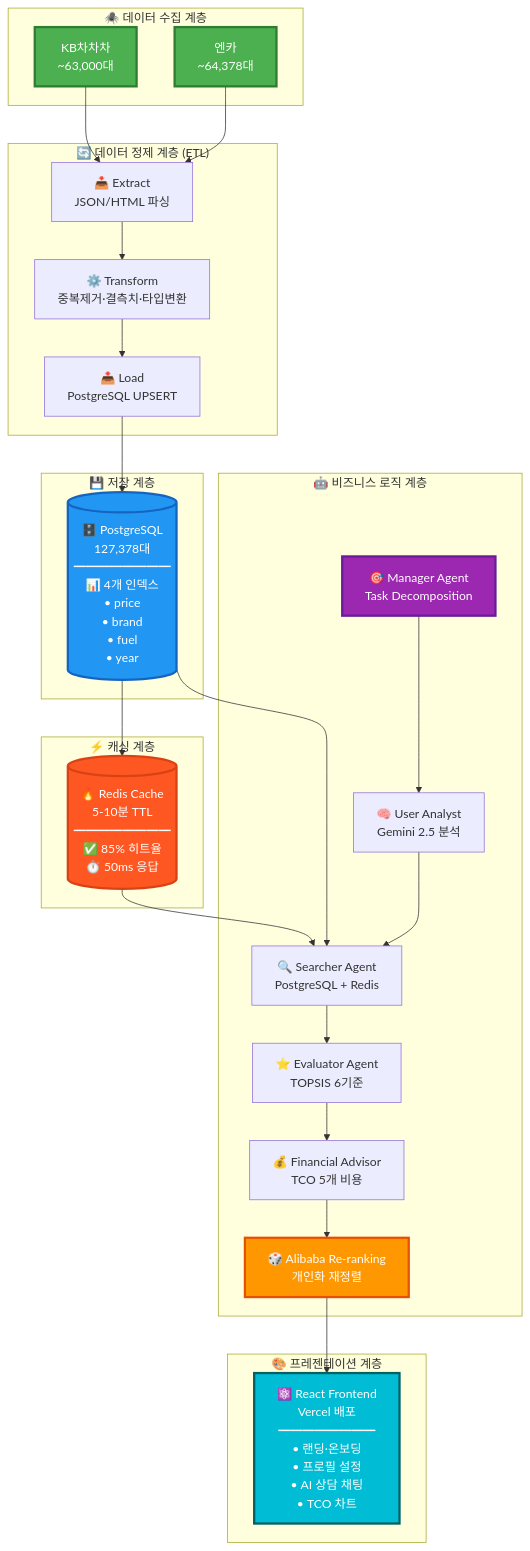
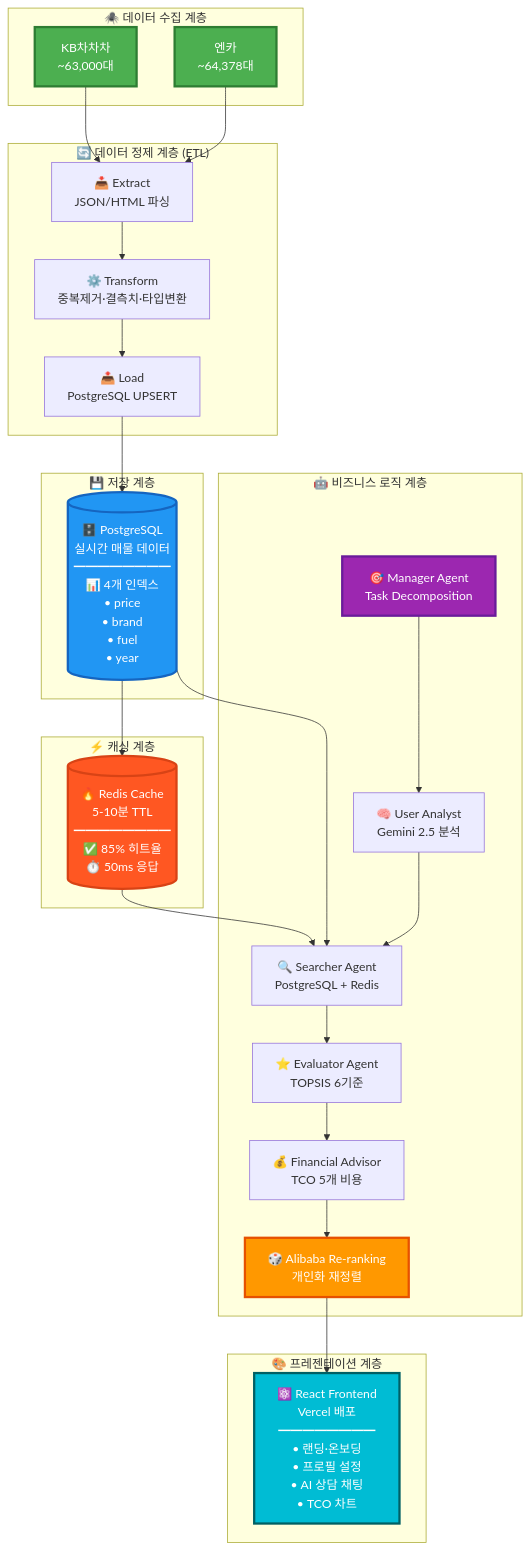
Before and after one commit to SeSAC-DA1/CarFin_AI_Final: the third of 5 diagrams in README.md, drawn with Mermaid. The commit also changed other lines of this file and 1 other file, not shown here.

First line of the commit message:
📝 Docs: 동적 데이터 표현 개선 (신뢰성 향상)

````diff
--- a/README.md
+++ b/README.md
@@ -522,58 +522,58 @@
 ```mermaid
 graph TB
     subgraph Crawling["🕷️ 데이터 수집 계층"]
         KB["KB차차차<br/>~63,000대"]
         Encar["엔카<br/>~64,378대"]
     end
 
     subgraph ETL["🔄 데이터 정제 계층 (ETL)"]
         Extract["📥 Extract<br/>JSON/HTML 파싱"]
         Transform["⚙️ Transform<br/>중복제거·결측치·타입변환"]
         Load["📤 Load<br/>PostgreSQL UPSERT"]
     end
 
     subgraph Storage["💾 저장 계층"]
-        DB[("🗄️ PostgreSQL<br/>127,378대<br/>━━━━━━━━<br/>📊 4개 인덱스<br/>• price<br/>• brand<br/>• fuel<br/>• year")]
+        DB[("🗄️ PostgreSQL<br/>실시간 매물 데이터<br/>━━━━━━━━<br/>📊 4개 인덱스<br/>• price<br/>• brand<br/>• fuel<br/>• year")]
     end
 
     subgraph Cache["⚡ 캐싱 계층"]
         Redis[("🔥 Redis Cache<br/>5-10분 TTL<br/>━━━━━━━━<br/>✅ 85% 히트율<br/>⏱️ 50ms 응답")]
     end
 
     subgraph Business["🤖 비즈니스 로직 계층"]
         Manager["🎯 Manager Agent<br/>Task Decomposition"]
         UserAnalyst["🧠 User Analyst<br/>Gemini 2.5 분석"]
         Searcher["🔍 Searcher Agent<br/>PostgreSQL + Redis"]
         Evaluator["⭐ Evaluator Agent<br/>TOPSIS 6기준"]
         Financial["💰 Financial Advisor<br/>TCO 5개 비용"]
         Reranking["🎲 Alibaba Re-ranking<br/>개인화 재정렬"]
     end
 
     subgraph Frontend["🎨 프레젠테이션 계층"]
         React["⚛️ React Frontend<br/>Vercel 배포<br/>━━━━━━━━<br/>• 랜딩·온보딩<br/>• 프로필 설정<br/>• AI 상담 채팅<br/>• TCO 차트"]
     end
 
     KB --> Extract
     Encar --> Extract
     Extract --> Transform
     Transform --> Load
     Load --> DB
     DB --> Redis
     Redis --> Searcher
     DB --> Searcher
 
     Manager --> UserAnalyst
     UserAnalyst --> Searcher
     Searcher --> Evaluator
     Evaluator --> Financial
     Financial --> Reranking
     Reranking --> React
 
     style KB fill:#4CAF50,stroke:#2E7D32,stroke-width:3px,color:#fff
     style Encar fill:#4CAF50,stroke:#2E7D32,stroke-width:3px,color:#fff
     style DB fill:#2196F3,stroke:#1565C0,stroke-width:3px,color:#fff
     style Redis fill:#FF5722,stroke:#D84315,stroke-width:3px,color:#fff
     style Manager fill:#9C27B0,stroke:#6A1B9A,stroke-width:3px,color:#fff
     style Reranking fill:#FF9800,stroke:#E65100,stroke-width:3px,color:#fff
     style React fill:#00BCD4,stroke:#006064,stroke-width:3px,color:#fff
 ```
````
